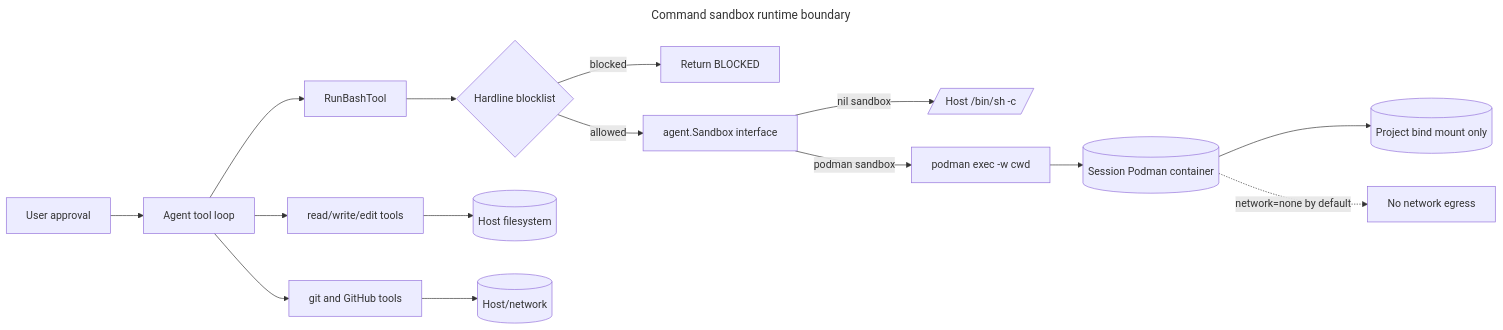
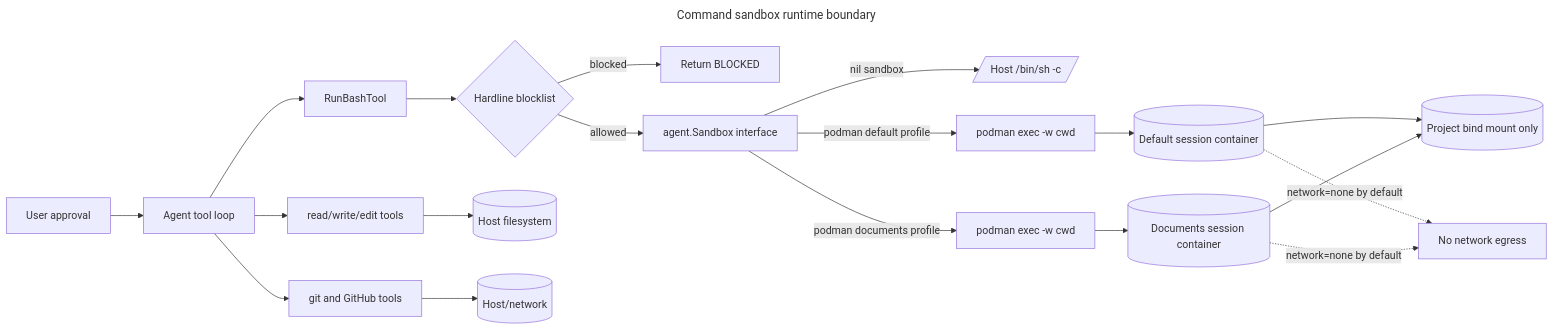
One commit to yottadynamics/yottacode changed the first of 2 diagrams in docs/sandbox.md. Above: the diagram before and after it, drawn with Mermaid. The commit also changed other lines of this file and 12 other files, not shown here.

Commit message:
Route sandbox commands by tool profile

````diff
--- a/docs/sandbox.md
+++ b/docs/sandbox.md
@@ -21,22 +21,26 @@
 ```mermaid
 ---
 title: Command sandbox runtime boundary
 ---
 flowchart LR
     %% Author: YottaDynamics | Scope: current experimental command sandbox
     User[User approval] --> Agent[Agent tool loop]
     Agent --> RB[RunBashTool]
     RB --> Blocklist{Hardline blocklist}
     Blocklist -- blocked --> Deny[Return BLOCKED]
     Blocklist -- allowed --> Seam[agent.Sandbox interface]
     Seam -- nil sandbox --> Host[/Host /bin/sh -c/]
-    Seam -- podman sandbox --> Exec[podman exec -w cwd]
-    Exec --> Container[(Session Podman container)]
+    Seam -- podman default profile --> Exec[podman exec -w cwd]
+    Seam -- podman documents profile --> DocExec[podman exec -w cwd]
+    Exec --> Container[(Default session container)]
+    DocExec --> DocContainer[(Documents session container)]
     Container --> Mount[(Project bind mount only)]
+    DocContainer --> Mount
     Container -. network=none by default .-> Net[No network egress]
+    DocContainer -. network=none by default .-> Net
 
     Agent --> FileTools[read/write/edit tools]
     FileTools --> HostFS[(Host filesystem)]
     Agent --> GitTools[git and GitHub tools]
     GitTools --> HostNet[(Host/network)]
 ```
````
